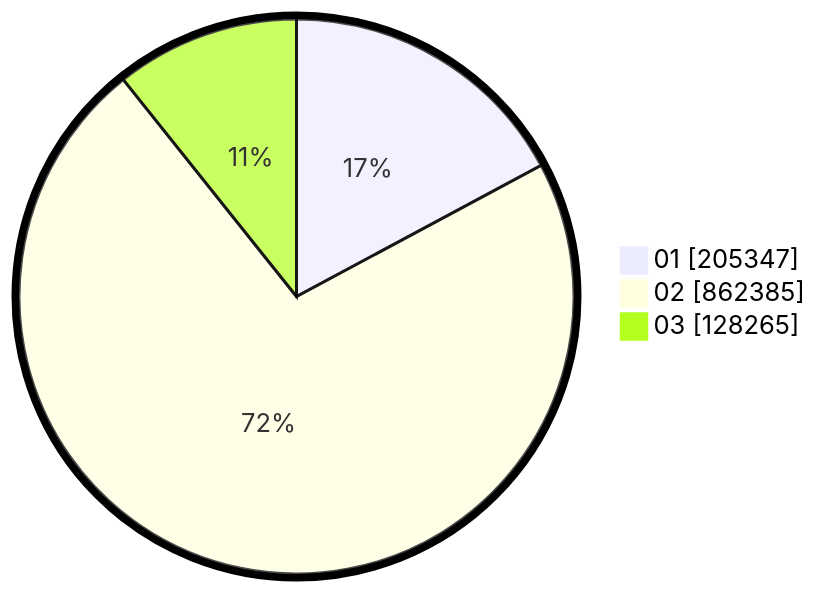
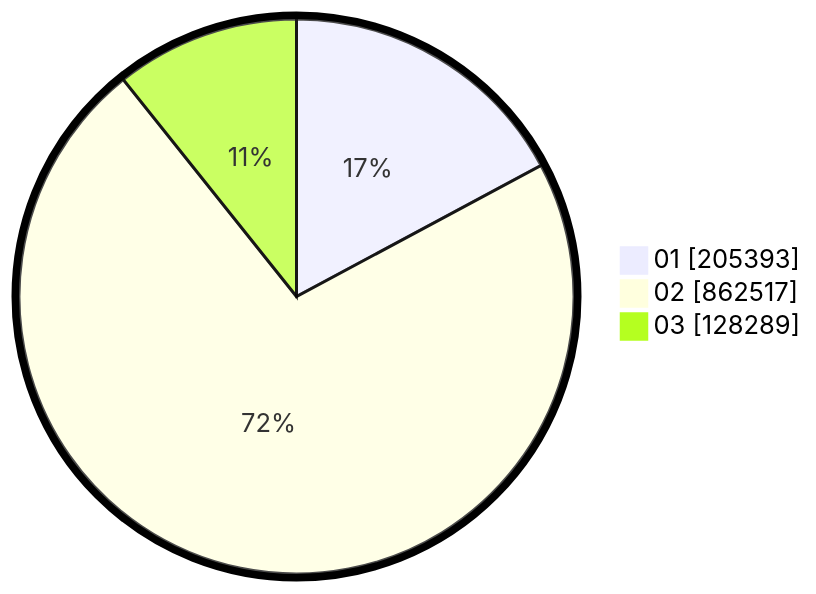
Before and after one commit to gigit-pemilu/pemilu-2024: the second of 2 diagrams in pilpres/hitung-suara/sub/table-wilayah-62.md, drawn with Mermaid. The commit also changed other lines of this file and 11 other files, not shown here.

````diff
--- a/pilpres/hitung-suara/sub/table-wilayah-62.md
+++ b/pilpres/hitung-suara/sub/table-wilayah-62.md
@@ -15,7 +15,7 @@
 ```mermaid
 %%{init: {"pie": {"textPosition": 0.5}, "themeVariables": {"pieOuterStrokeWidth": "5px"}} }%%
 pie showData
-    "01" : 205347
-    "02" : 862385
-    "03" : 128265
+    "01" : 205393
+    "02" : 862517
+    "03" : 128289
 ```
````
